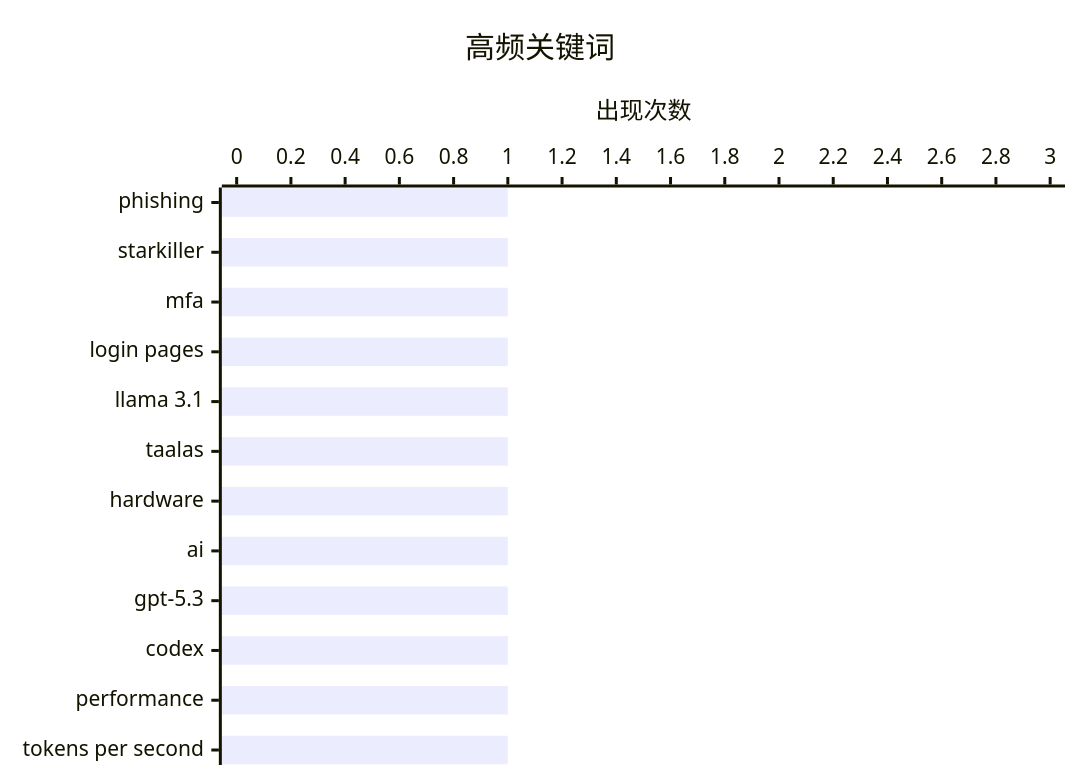
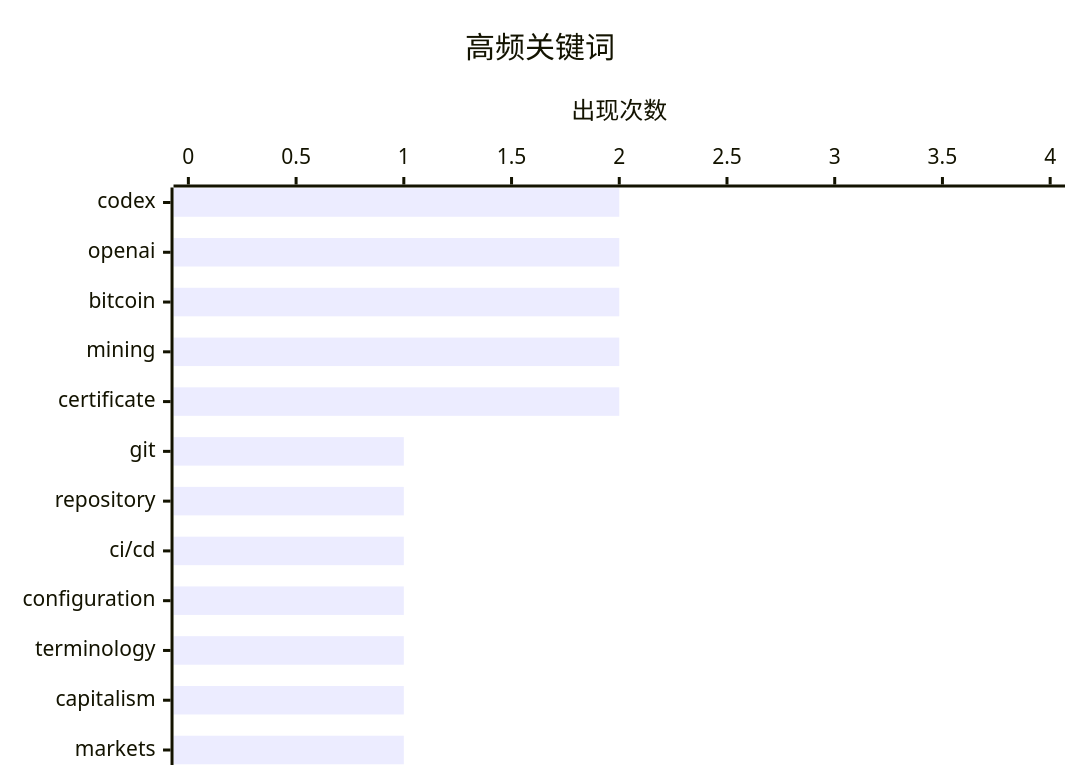
One commit to Yeadon8888/digest-news-viewer changed the second of 2 diagrams in public/data/digest-latest.md. Above: the diagram before and after it, drawn with Mermaid. The commit also changed other lines of this file, not shown here.

````diff
--- a/public/data/digest-latest.md
+++ b/public/data/digest-latest.md
@@ -65,7 +64,7 @@
 ```mermaid
 xychart-beta horizontal
     title "高频关键词"
-    x-axis ["phishing", "starkiller", "mfa", "login pages", "llama 3.1", "taalas", "hardware", "ai", "gpt-5.3", "codex", "performance", "tokens per second"]
-    y-axis "出现次数" 0 --> 3
-    bar [1, 1, 1, 1, 1, 1, 1, 1, 1, 1, 1, 1]
+    x-axis ["codex", "openai", "bitcoin", "mining", "certificate", "git", "repository", "ci/cd", "configuration", "terminology", "capitalism", "markets"]
+    y-axis "出现次数" 0 --> 4
+    bar [2, 2, 2, 2, 2, 1, 1, 1, 1, 1, 1, 1]
 ```
````
